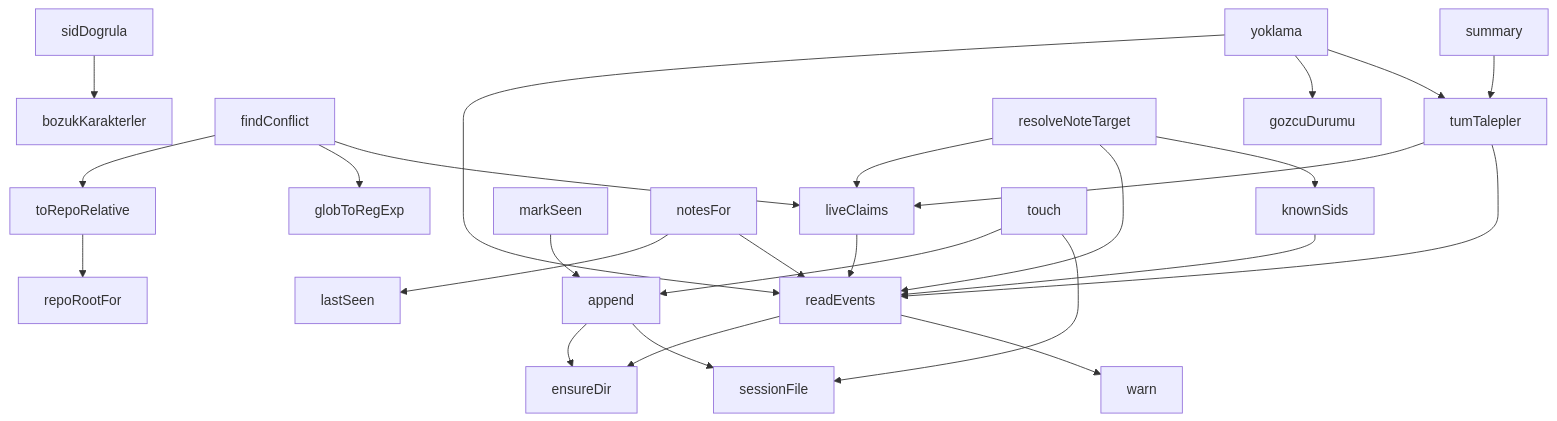
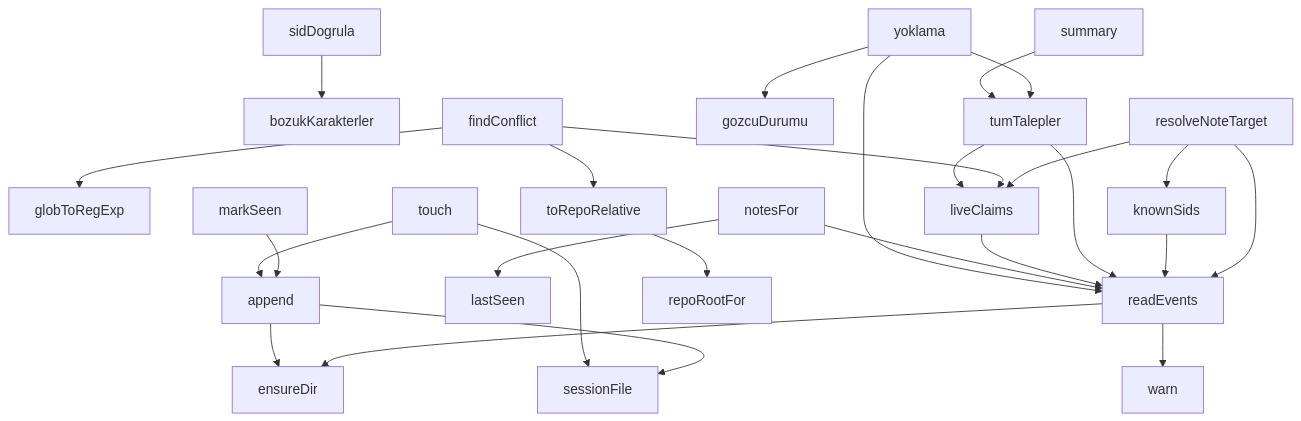
One commit to peckop/venthub-hvac-esite changed the diagram in scripts/board/board.md. Above: the diagram before and after it, drawn with Mermaid. The commit also changed other lines of this file and 6 other files, not shown here.

````diff
--- a/scripts/board/board.md
+++ b/scripts/board/board.md
@@ -379,50 +379,50 @@
 ```mermaid
 graph TD
     board_cjs__append["append"]
     board_cjs__bozukKarakterler["bozukKarakterler"]
     board_cjs__ensureDir["ensureDir"]
     board_cjs__findConflict["findConflict"]
     board_cjs__globToRegExp["globToRegExp"]
     board_cjs__gozcuDurumu["gozcuDurumu"]
     board_cjs__knownSids["knownSids"]
     board_cjs__lastSeen["lastSeen"]
     board_cjs__liveClaims["liveClaims"]
     board_cjs__markSeen["markSeen"]
     board_cjs__notesFor["notesFor"]
     board_cjs__readEvents["readEvents"]
     board_cjs__repoRootFor["repoRootFor"]
     board_cjs__resolveNoteTarget["resolveNoteTarget"]
     board_cjs__sessionFile["sessionFile"]
     board_cjs__sidDogrula["sidDogrula"]
     board_cjs__summary["summary"]
     board_cjs__toRepoRelative["toRepoRelative"]
     board_cjs__touch["touch"]
     board_cjs__tumTalepler["tumTalepler"]
     board_cjs__warn["warn"]
     board_cjs__yoklama["yoklama"]
-    board_cjs__findConflict --> board_cjs__toRepoRelative
-    board_cjs__sidDogrula --> board_cjs__bozukKarakterler
-    board_cjs__append --> board_cjs__ensureDir
-    board_cjs__notesFor --> board_cjs__lastSeen
-    board_cjs__readEvents --> board_cjs__ensureDir
-    board_cjs__tumTalepler --> board_cjs__liveClaims
-    board_cjs__knownSids --> board_cjs__readEvents
-    board_cjs__touch --> board_cjs__append
-    board_cjs__findConflict --> board_cjs__globToRegExp
-    board_cjs__readEvents --> board_cjs__warn
-    board_cjs__findConflict --> board_cjs__liveClaims
-    board_cjs__tumTalepler --> board_cjs__readEvents
-    board_cjs__yoklama --> board_cjs__readEvents
-    board_cjs__summary --> board_cjs__tumTalepler
     board_cjs__resolveNoteTarget --> board_cjs__liveClaims
     board_cjs__append --> board_cjs__sessionFile
+    board_cjs__findConflict --> board_cjs__liveClaims
+    board_cjs__readEvents --> board_cjs__ensureDir
+    board_cjs__readEvents --> board_cjs__warn
+    board_cjs__tumTalepler --> board_cjs__liveClaims
+    board_cjs__markSeen --> board_cjs__append
+    board_cjs__resolveNoteTarget --> board_cjs__knownSids
+    board_cjs__notesFor --> board_cjs__lastSeen
+    board_cjs__sidDogrula --> board_cjs__bozukKarakterler
+    board_cjs__findConflict --> board_cjs__toRepoRelative
     board_cjs__yoklama --> board_cjs__gozcuDurumu
     board_cjs__resolveNoteTarget --> board_cjs__readEvents
+    board_cjs__toRepoRelative --> board_cjs__repoRootFor
+    board_cjs__knownSids --> board_cjs__readEvents
+    board_cjs__tumTalepler --> board_cjs__readEvents
+    board_cjs__yoklama --> board_cjs__tumTalepler
+    board_cjs__liveClaims --> board_cjs__readEvents
+    board_cjs__notesFor --> board_cjs__readEvents
+    board_cjs__findConflict --> board_cjs__globToRegExp
+    board_cjs__touch --> board_cjs__append
+    board_cjs__yoklama --> board_cjs__readEvents
     board_cjs__touch --> board_cjs__sessionFile
-    board_cjs__resolveNoteTarget --> board_cjs__knownSids
-    board_cjs__markSeen --> board_cjs__append
-    board_cjs__notesFor --> board_cjs__readEvents
-    board_cjs__yoklama --> board_cjs__tumTalepler
-    board_cjs__toRepoRelative --> board_cjs__repoRootFor
-    board_cjs__liveClaims --> board_cjs__readEvents
+    board_cjs__append --> board_cjs__ensureDir
+    board_cjs__summary --> board_cjs__tumTalepler
 ```
````
